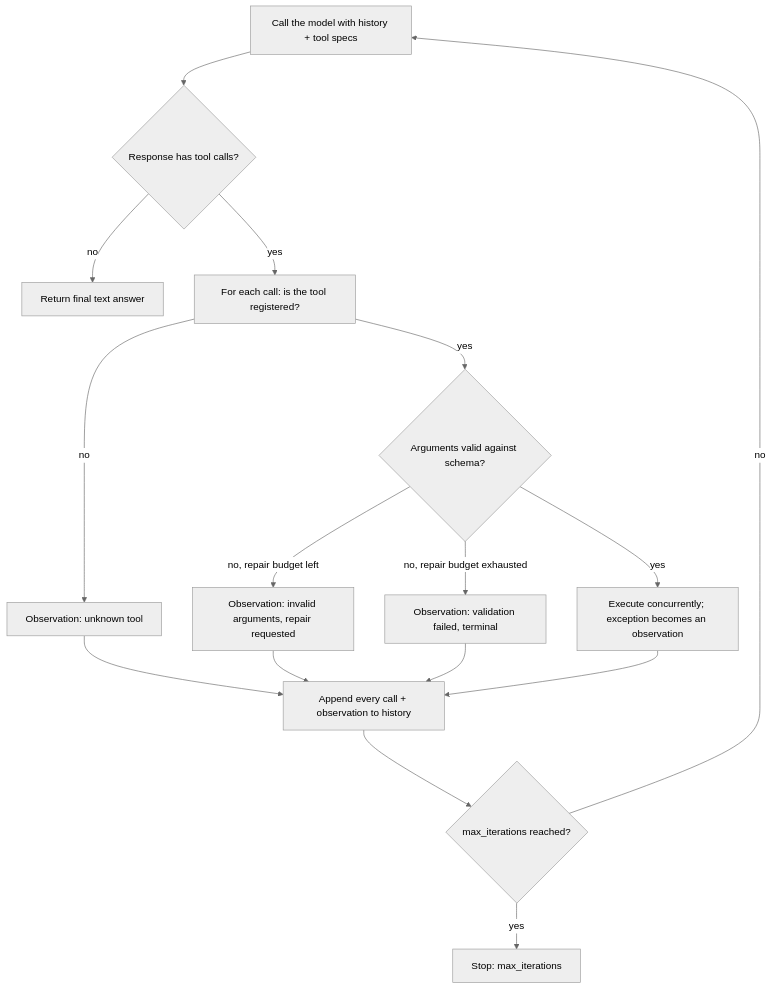
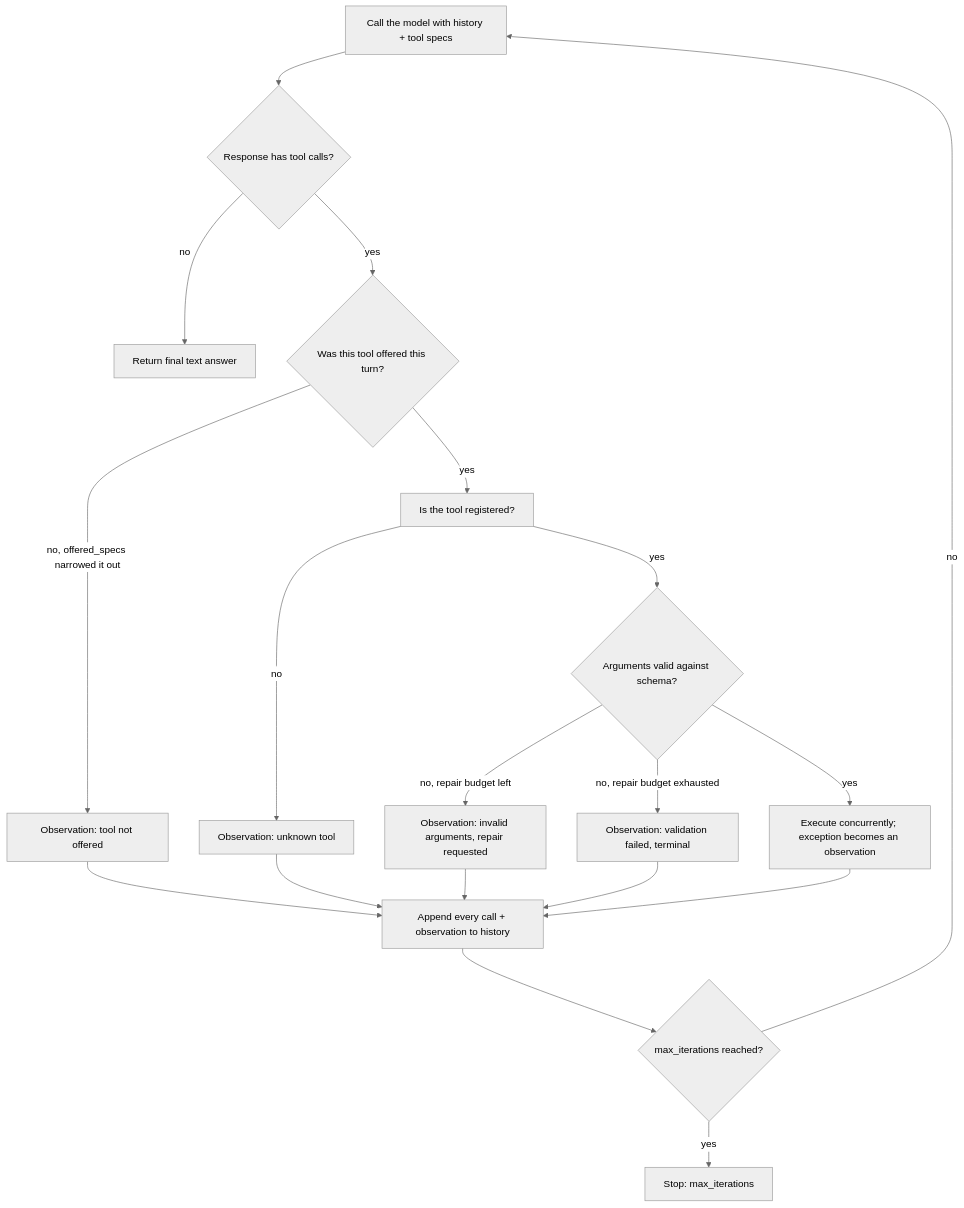
One commit to SarthakB11/agentic-patterns changed the diagram in patterns/tool_use/README.md. Above: the diagram before and after it, drawn with Mermaid (neutral theme). The commit also changed other lines of this file and 45 other files, not shown here.

````diff
--- a/patterns/tool_use/README.md
+++ b/patterns/tool_use/README.md
@@ -13,18 +13,21 @@
 ```mermaid
 flowchart TD
     A[Call the model with history + tool specs] --> B{Response has tool calls?}
     B -->|no| Z1[Return final text answer]
-    B -->|yes| C[For each call: is the tool registered?]
+    B -->|yes| C0{Was this tool offered this turn?}
+    C0 -->|no, offered_specs narrowed it out| D0[Observation: tool not offered]
+    C0 -->|yes| C[Is the tool registered?]
     C -->|no| D1[Observation: unknown tool]
     C -->|yes| E{Arguments valid against schema?}
     E -->|no, repair budget left| D2[Observation: invalid arguments, repair requested]
     E -->|no, repair budget exhausted| D3[Observation: validation failed, terminal]
     E -->|yes| F[Execute concurrently; exception becomes an observation]
-    D1 --> G[Append every call + observation to history]
+    D0 --> G[Append every call + observation to history]
+    D1 --> G
     D2 --> G
     D3 --> G
     F --> G
     G --> H{max_iterations reached?}
     H -->|yes| Z2[Stop: max_iterations]
     H -->|no| A
 ```
````
